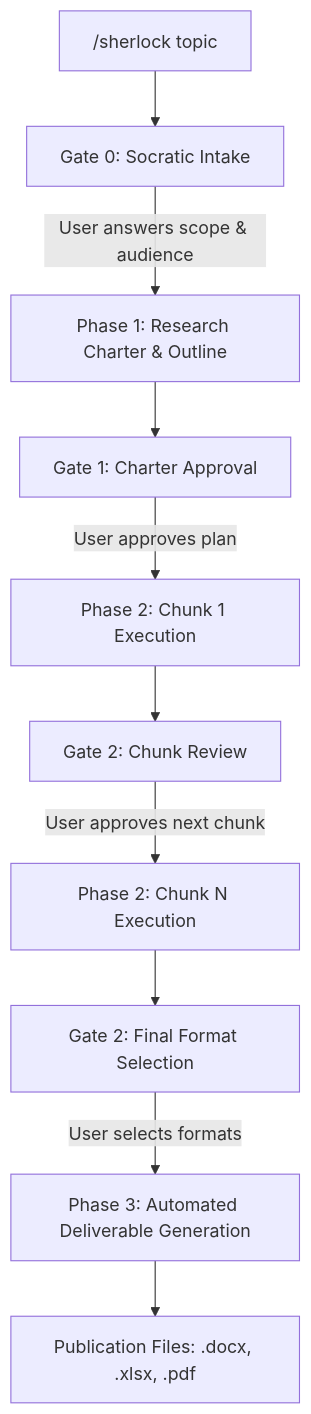
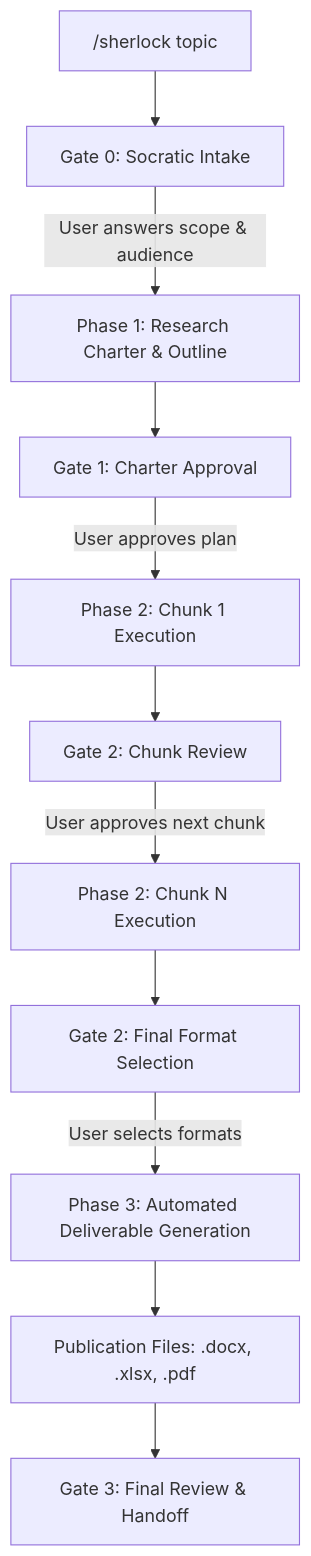
One commit to Prashant1873/Sherlock changed the diagram in README.md. Above: the diagram before and after it, drawn with Mermaid. The commit also changed other lines of this file and 12 other files, not shown here.

````diff
--- a/README.md
+++ b/README.md
@@ -60,12 +65,13 @@
 ```mermaid
 graph TD
     A["/sherlock topic"] --> B["Gate 0: Socratic Intake"]
     B -->|User answers scope & audience| C["Phase 1: Research Charter & Outline"]
     C --> D["Gate 1: Charter Approval"]
     D -->|User approves plan| E["Phase 2: Chunk 1 Execution"]
     E --> F["Gate 2: Chunk Review"]
     F -->|User approves next chunk| G["Phase 2: Chunk N Execution"]
     G --> H["Gate 2: Final Format Selection"]
     H -->|User selects formats| I["Phase 3: Automated Deliverable Generation"]
     I --> J["Publication Files: .docx, .xlsx, .pdf"]
+    J --> K["Gate 3: Final Review & Handoff"]
 ```
````
